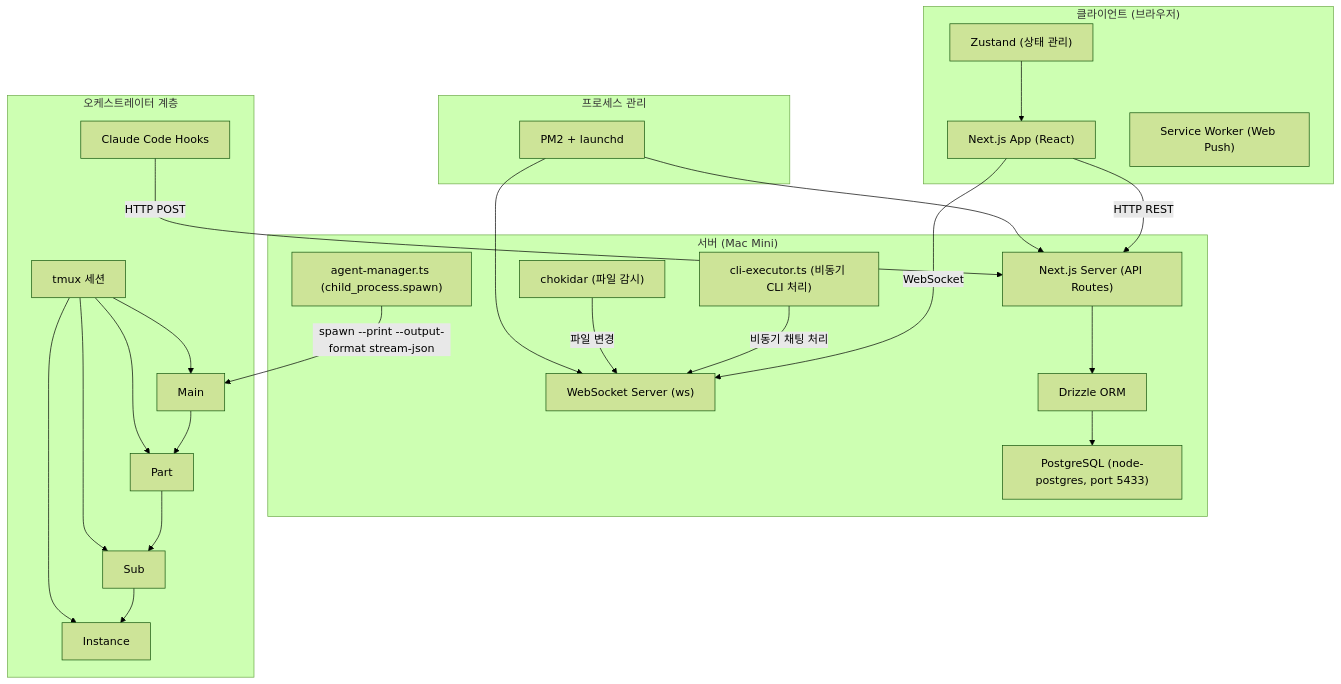
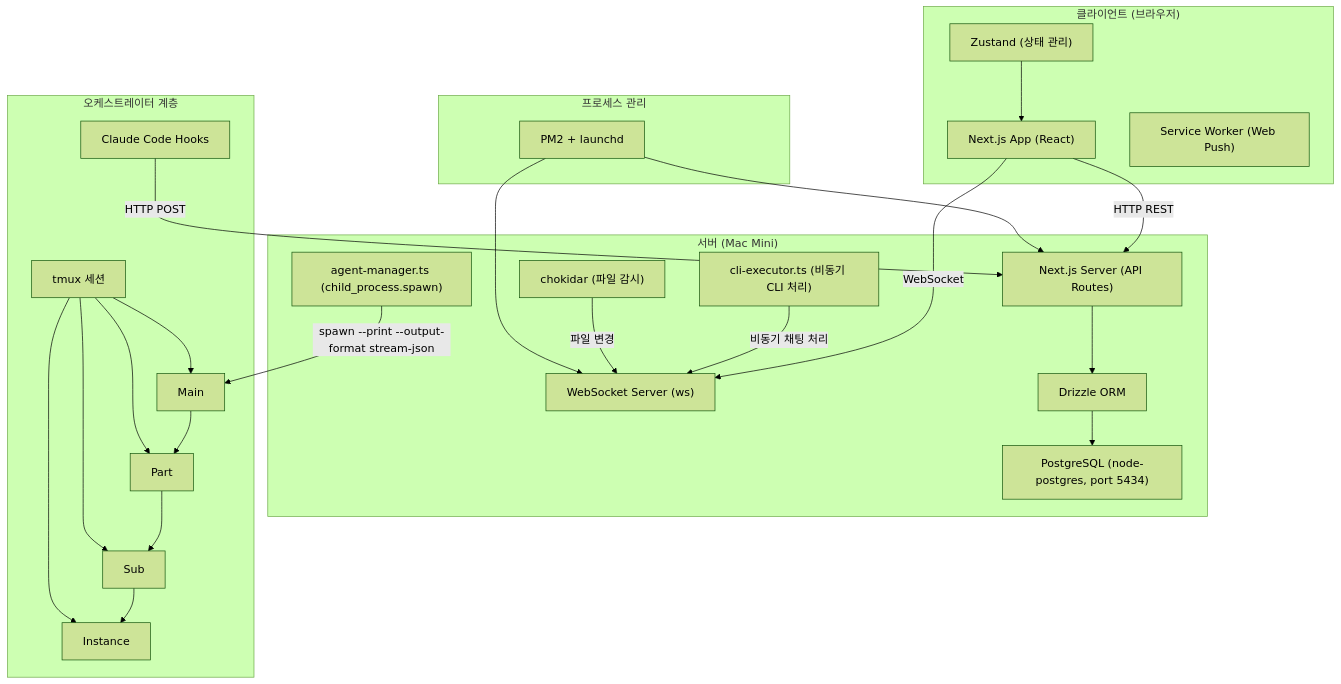
One commit to Jeonyunjae/ClaudeManager changed the first of 7 diagrams in 03_design/🏗️ architecture.md. Above: the diagram before and after it, drawn with Mermaid (forest theme). The commit also changed 8 other files, not shown here.

````diff
--- a/03_design/🏗️ architecture.md
+++ b/03_design/🏗️ architecture.md
@@ -38,46 +38,46 @@
 ```mermaid
 flowchart TB
     subgraph CLIENT["클라이언트 (브라우저)"]
         NEXT_CLIENT["Next.js App (React)"]
         ZUSTAND["Zustand (상태 관리)"]
         SW["Service Worker (Web Push)"]
     end
     
     subgraph SERVER["서버 (Mac Mini)"]
         NEXT_SERVER["Next.js Server (API Routes)"]
         WS_SERVER["WebSocket Server (ws)"]
-        PG["PostgreSQL (node-postgres, port 5433)"]
+        PG["PostgreSQL (node-postgres, port 5434)"]
         DRIZZLE["Drizzle ORM"]
         CHOKIDAR["chokidar (파일 감시)"]
         AGENT_MGR["agent-manager.ts (child_process.spawn)"]
         CLI_EXEC["cli-executor.ts (비동기 CLI 처리)"]
     end
     
     subgraph ORCHESTRATOR["오케스트레이터 계층"]
         MAIN["Main"]
         PART["Part"]
         SUB["Sub"]
         INST["Instance"]
         TMUX["tmux 세션"]
         HOOKS["Claude Code Hooks"]
     end
     
     subgraph PROCESS["프로세스 관리"]
         PM2["PM2 + launchd"]
     end
     
     NEXT_CLIENT -->|HTTP REST| NEXT_SERVER
     NEXT_CLIENT -->|WebSocket| WS_SERVER
     ZUSTAND --> NEXT_CLIENT
     
     NEXT_SERVER --> DRIZZLE --> PG
     AGENT_MGR -->|"spawn --print --output-format stream-json"| MAIN
     CLI_EXEC -->|비동기 채팅 처리| WS_SERVER
     CHOKIDAR -->|파일 변경| WS_SERVER
     
     HOOKS -->|HTTP POST| NEXT_SERVER
     MAIN --> PART --> SUB --> INST
     TMUX --> MAIN & PART & SUB & INST
     
     PM2 --> NEXT_SERVER & WS_SERVER
 ```
````
